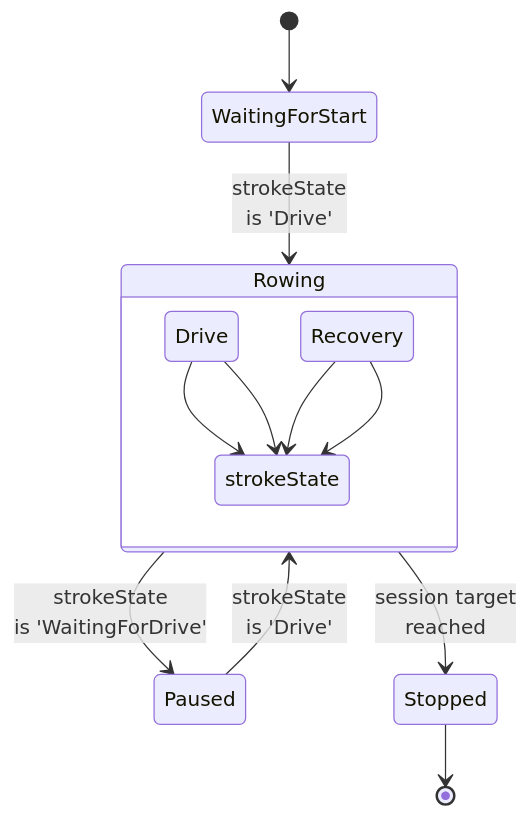
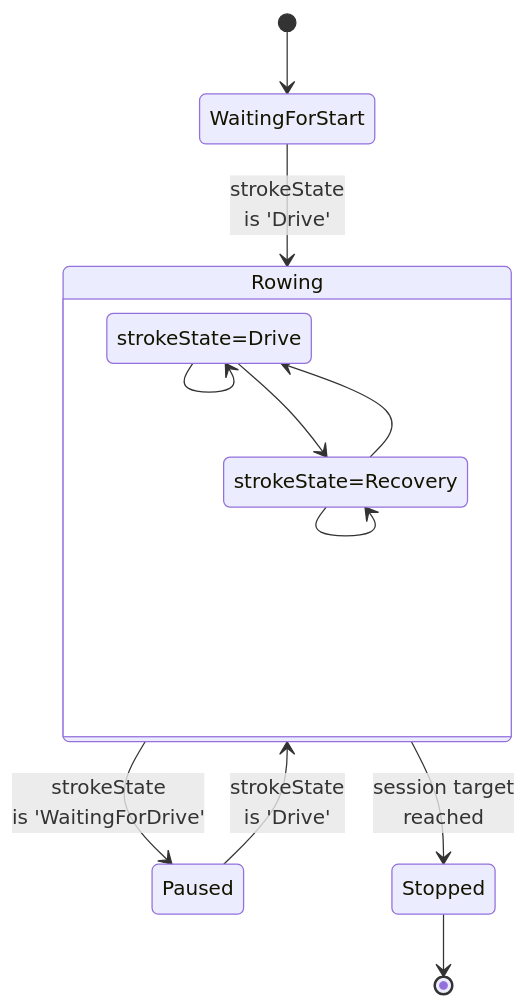
Before and after one commit to laberning/openrowingmonitor: the third of 4 diagrams in docs/Architecture.md, drawn with Mermaid.

````diff
--- a/docs/Architecture.md
+++ b/docs/Architecture.md
@@ -65,15 +65,15 @@
 ```mermaid
 stateDiagram-v2
     [*] --> WaitingForStart
     WaitingForStart --> Rowing: strokeState<br>is 'Drive'
     state Rowing {
-        strokeState Drive --> strokeState Recovery
-        strokeState Drive --> strokeState Drive
-        strokeState Recovery --> strokeState Drive
-        strokeState Recovery --> strokeState Recovery
+        strokeState=Drive --> strokeState=Recovery
+        strokeState=Drive --> strokeState=Drive
+        strokeState=Recovery --> strokeState=Drive
+        strokeState=Recovery --> strokeState=Recovery
     }
     Rowing --> Paused: strokeState<br>is 'WaitingForDrive'
     Paused --> Rowing: strokeState<br>is 'Drive'
     Rowing --> Stopped: session target<br>reached
     Stopped --> [*]
 ```
````
